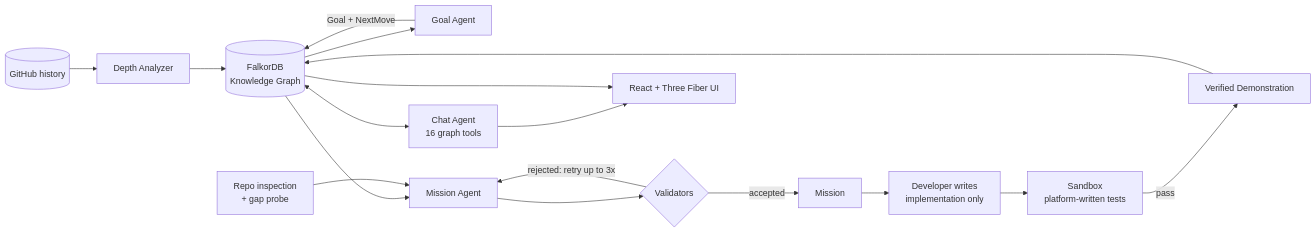
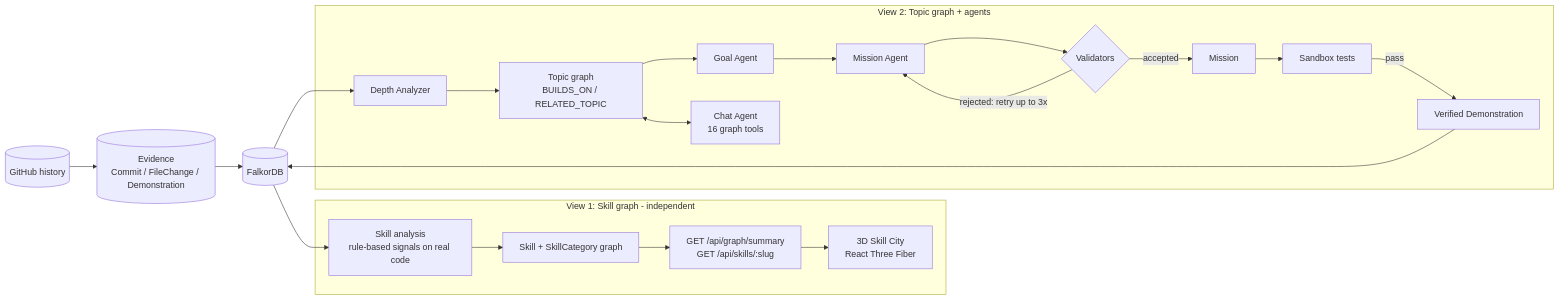
The first of 10 diagrams in README.md (AymaanPathan/pathaway.io), drawn with Mermaid before and after one commit. The commit also changed other lines of this file, not shown here.

````diff
--- a/README.md
+++ b/README.md
@@ -53,19 +61,24 @@
 ```mermaid
 flowchart LR
-    GH[(GitHub history)] --> DA[Depth Analyzer]
-    DA --> G[(FalkorDB<br/>Knowledge Graph)]
-    G --> GA[Goal Agent]
-    GA -->|Goal + NextMove| G
-    G --> MA[Mission Agent]
-    REPO[Repo inspection<br/>+ gap probe] --> MA
-    MA --> V{Validators}
-    V -->|rejected: retry up to 3x| MA
-    V -->|accepted| M[Mission]
-    M --> DEV[Developer writes<br/>implementation only]
-    DEV --> SB[Sandbox<br/>platform-written tests]
-    SB -->|pass| EV[Verified Demonstration]
-    EV --> G
-    G <--> CH[Chat Agent<br/>16 graph tools]
-    CH --> UI[React + Three Fiber UI]
-    G --> UI
+    GH[(GitHub history)] --> EV[(Evidence<br/>Commit / FileChange / Demonstration)]
+    EV --> DB[(FalkorDB)]
+
+    subgraph A[View 1: Skill graph - independent]
+        SK[Skill analysis<br/>rule-based signals on real code] --> SG[Skill + SkillCategory graph]
+        SG --> API1["GET /api/graph/summary<br/>GET /api/skills/:slug"] --> CITY["3D Skill City<br/>React Three Fiber"]
+    end
+
+    subgraph B[View 2: Topic graph + agents]
+        DA[Depth Analyzer] --> TG[Topic graph<br/>BUILDS_ON / RELATED_TOPIC]
+        TG --> GA[Goal Agent] --> MA[Mission Agent]
+        MA --> V{Validators}
+        V -->|rejected: retry up to 3x| MA
+        V -->|accepted| M[Mission] --> SB[Sandbox tests]
+        SB -->|pass| VE[Verified Demonstration]
+        TG <--> CH[Chat Agent<br/>16 graph tools]
+    end
+
+    DB --> SK
+    DB --> DA
+    VE --> DB
 ```
````
